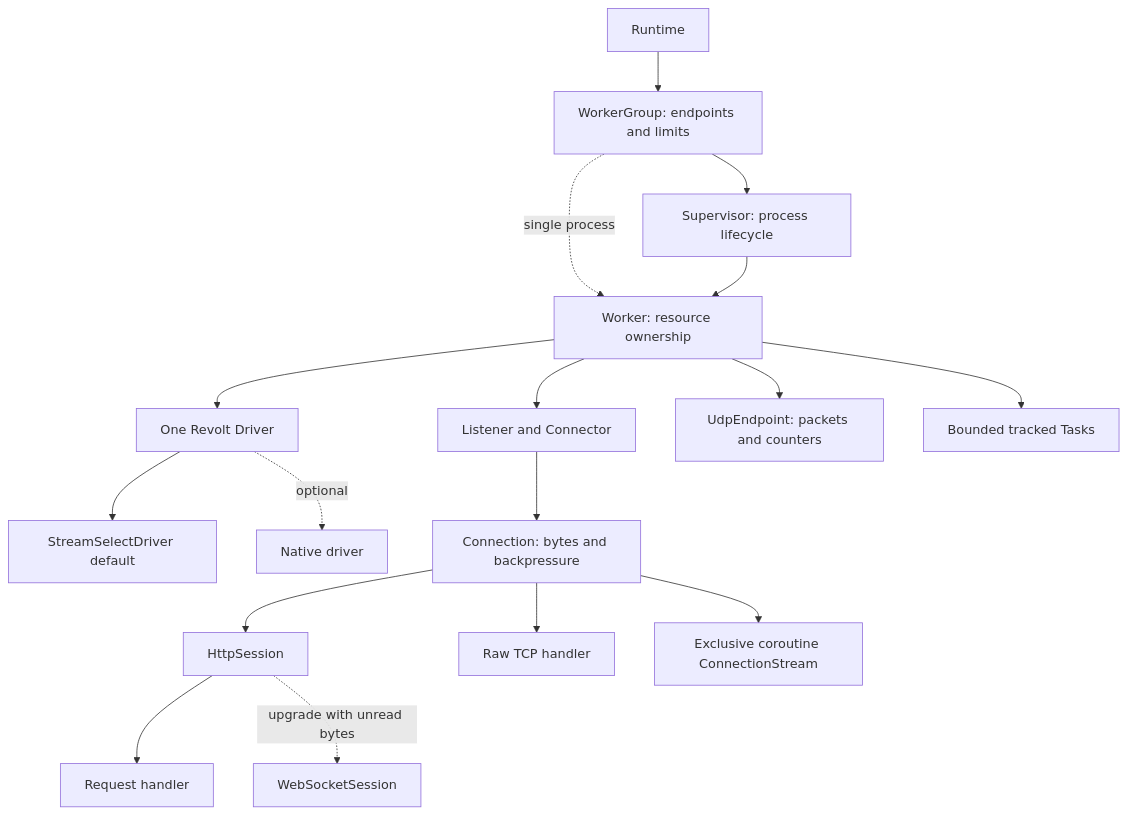
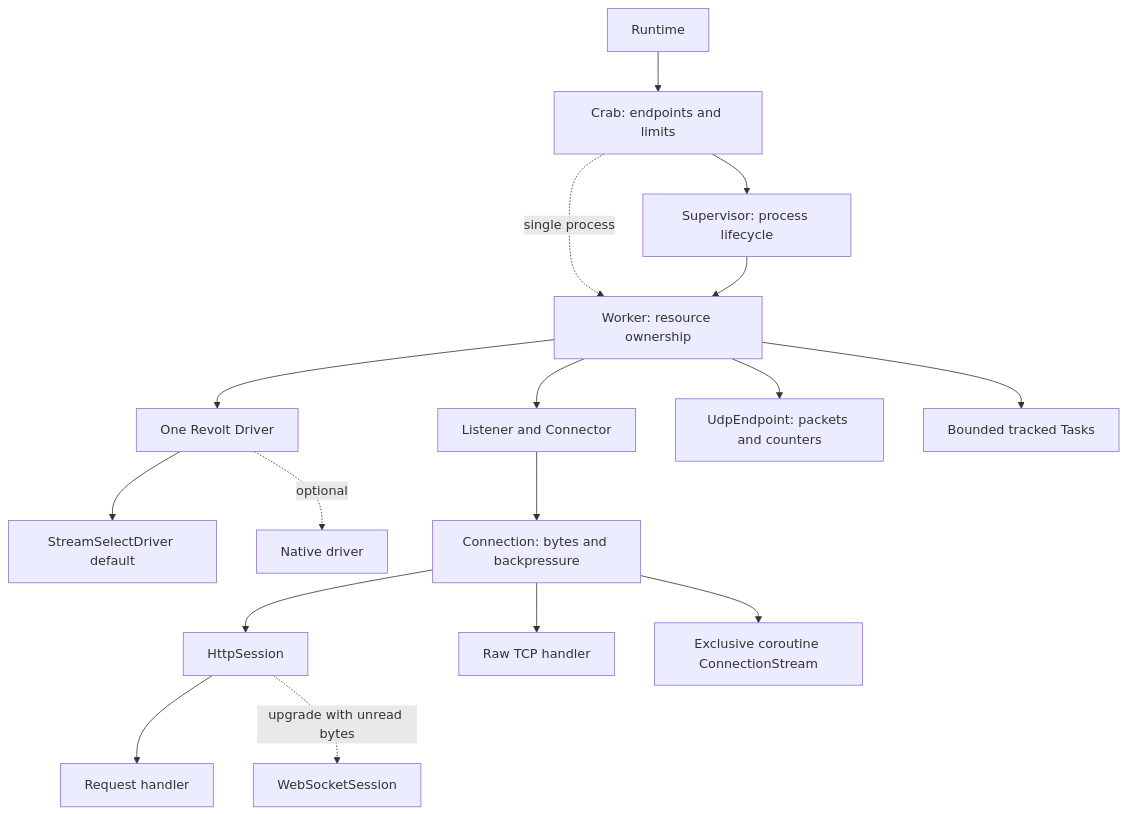
Before and after one commit to crabphp/framework: the diagram in src/Engine/ARCHITECTURE.md, drawn with Mermaid. The commit also changed other lines of this file and 15 other files, not shown here.

Commit message:
Call the engine's worker group Crab

```diff
--- a/src/Engine/ARCHITECTURE.md
+++ b/src/Engine/ARCHITECTURE.md
@@ -13,19 +13,19 @@
 ~~~mermaid
 flowchart TD
-    R[Runtime] --> G[WorkerGroup: endpoints and limits]
+    R[Runtime] --> G[Crab: endpoints and limits]
     G --> S[Supervisor: process lifecycle]
     G -. single process .-> W[Worker: resource ownership]
     S --> W
     W --> D[One Revolt Driver]
     D --> SD[StreamSelectDriver default]
     D -. optional .-> ND[Native driver]
     W --> L[Listener and Connector]
     L --> C[Connection: bytes and backpressure]
     W --> U[UdpEndpoint: packets and counters]
     C --> H[HttpSession]
     H --> HA[Request handler]
     H -. upgrade with unread bytes .-> WS[WebSocketSession]
     C --> RAW[Raw TCP handler]
     C --> CS[Exclusive coroutine ConnectionStream]
     W --> T[Bounded tracked Tasks]
 ~~~
```
